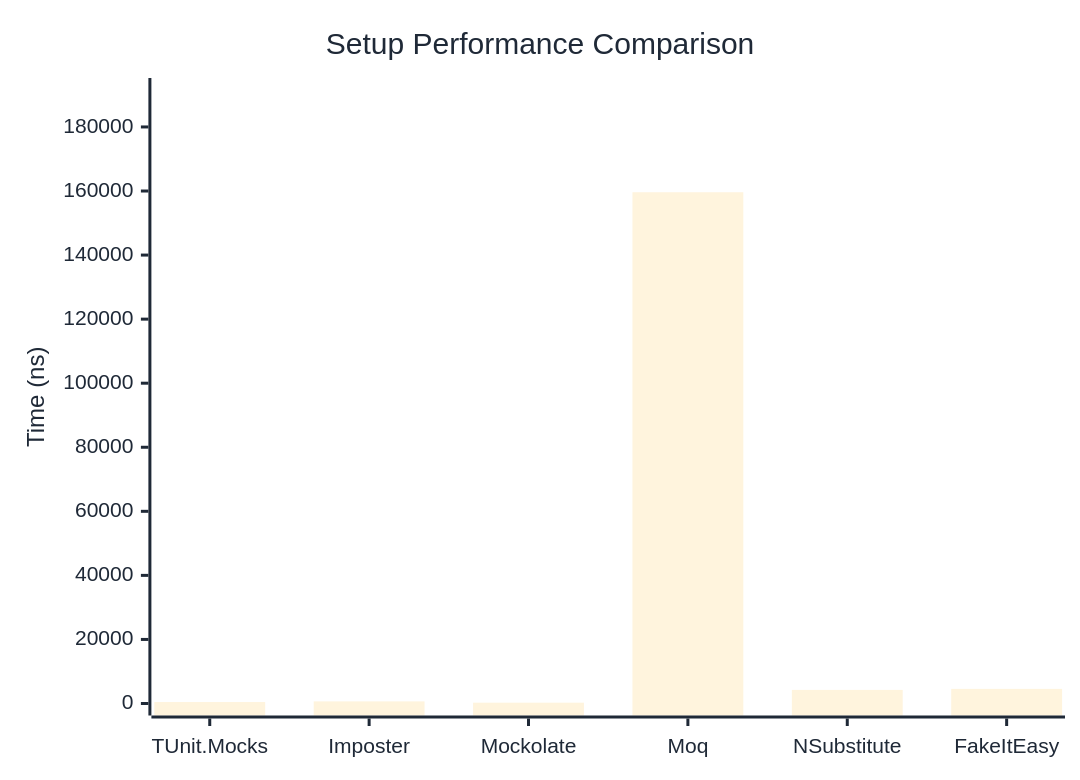
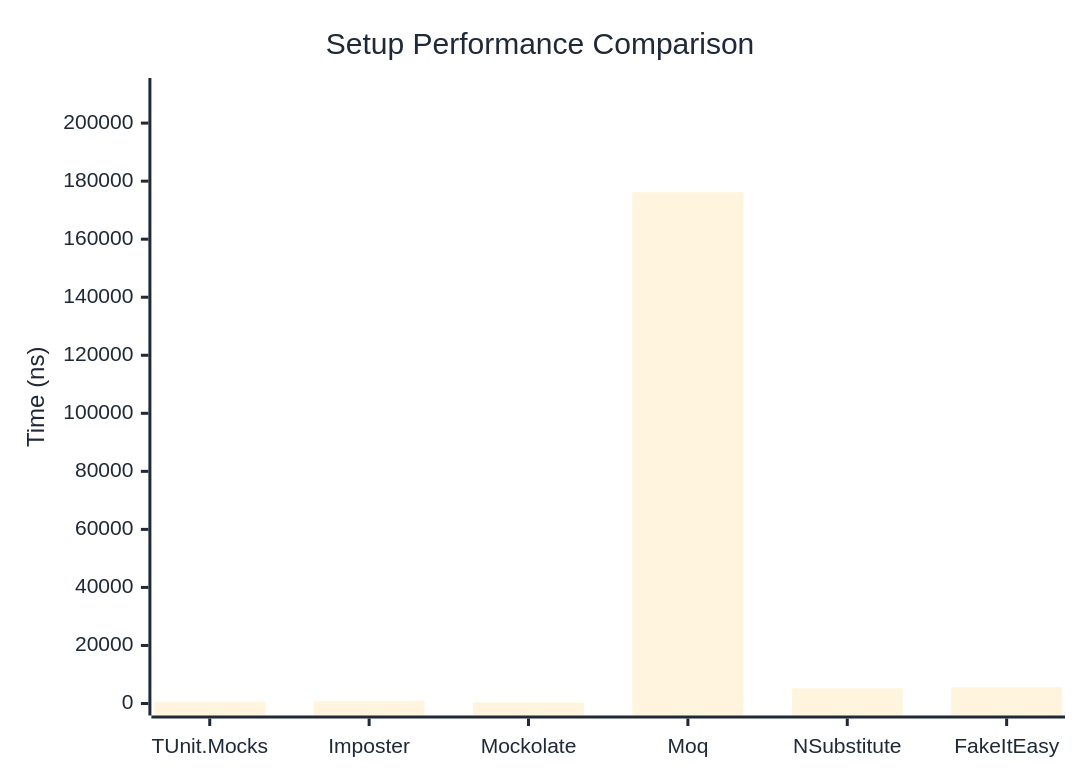
One commit to thomhurst/TUnit changed the first of 2 diagrams in docs/docs/benchmarks/mocks/Setup.md. Above: the diagram before and after it, drawn with Mermaid. The commit also changed other lines of this file and 14 other files, not shown here.

````diff
--- a/docs/docs/benchmarks/mocks/Setup.md
+++ b/docs/docs/benchmarks/mocks/Setup.md
@@ -30,27 +30,27 @@
 ```mermaid
 %%{init: {
   'theme':'base',
   'themeVariables': {
     'primaryColor': '#2563eb',
     'primaryTextColor': '#1f2937',
     'primaryBorderColor': '#1e40af',
     'lineColor': '#6b7280',
     'secondaryColor': '#7c3aed',
     'tertiaryColor': '#dc2626',
     'background': '#ffffff',
     'pie1': '#2563eb',
     'pie2': '#7c3aed',
     'pie3': '#dc2626',
     'pie4': '#f59e0b',
     'pie5': '#10b981',
     'pie6': '#06b6d4',
     'pie7': '#ec4899',
     'pie8': '#6366f1'
   }
 }}%%
 xychart-beta
   title "Setup Performance Comparison"
   x-axis ["TUnit.Mocks", "Imposter", "Mockolate", "Moq", "NSubstitute", "FakeItEasy"]
-  y-axis "Time (ns)" 0 --> 191537
-  bar [451.4, 659, 253.1, 159613.7, 4242.6, 4564.2]
+  y-axis "Time (ns)" 0 --> 211408
+  bar [593.3, 828.5, 358.1, 176172.8, 5236.1, 5599.5]
 ```
````
